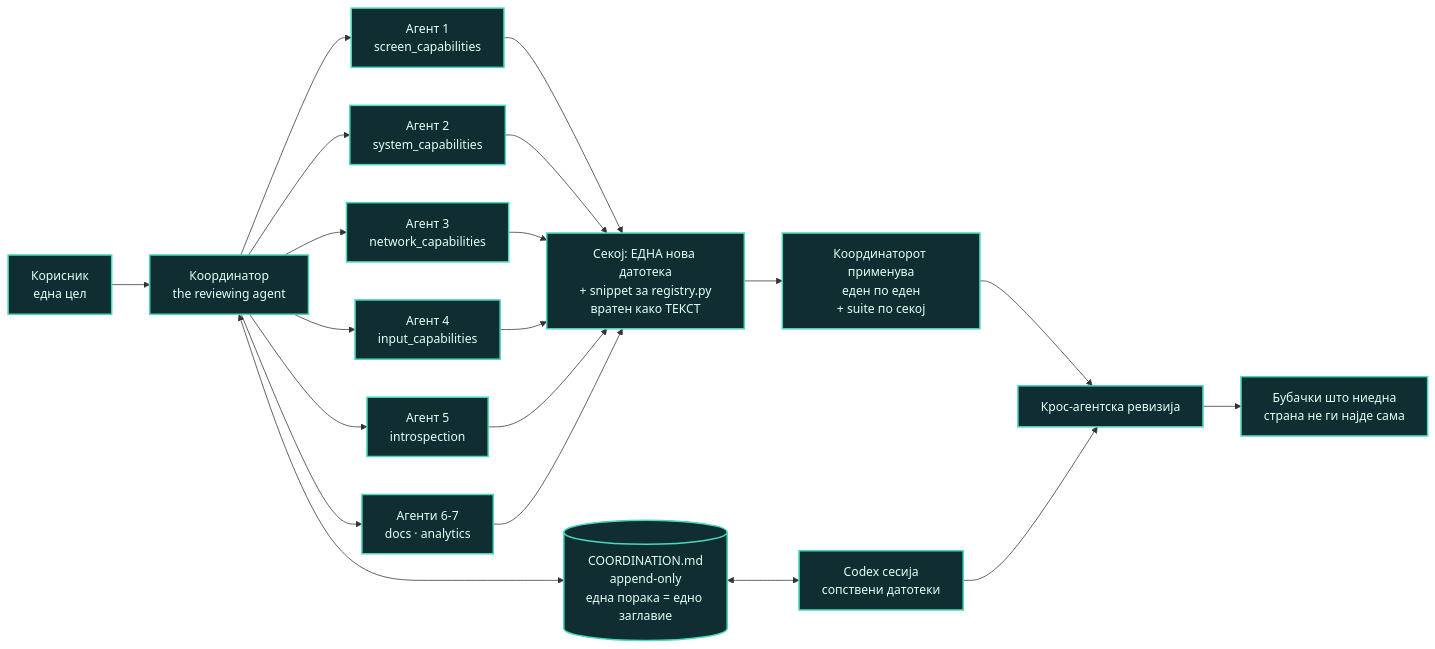
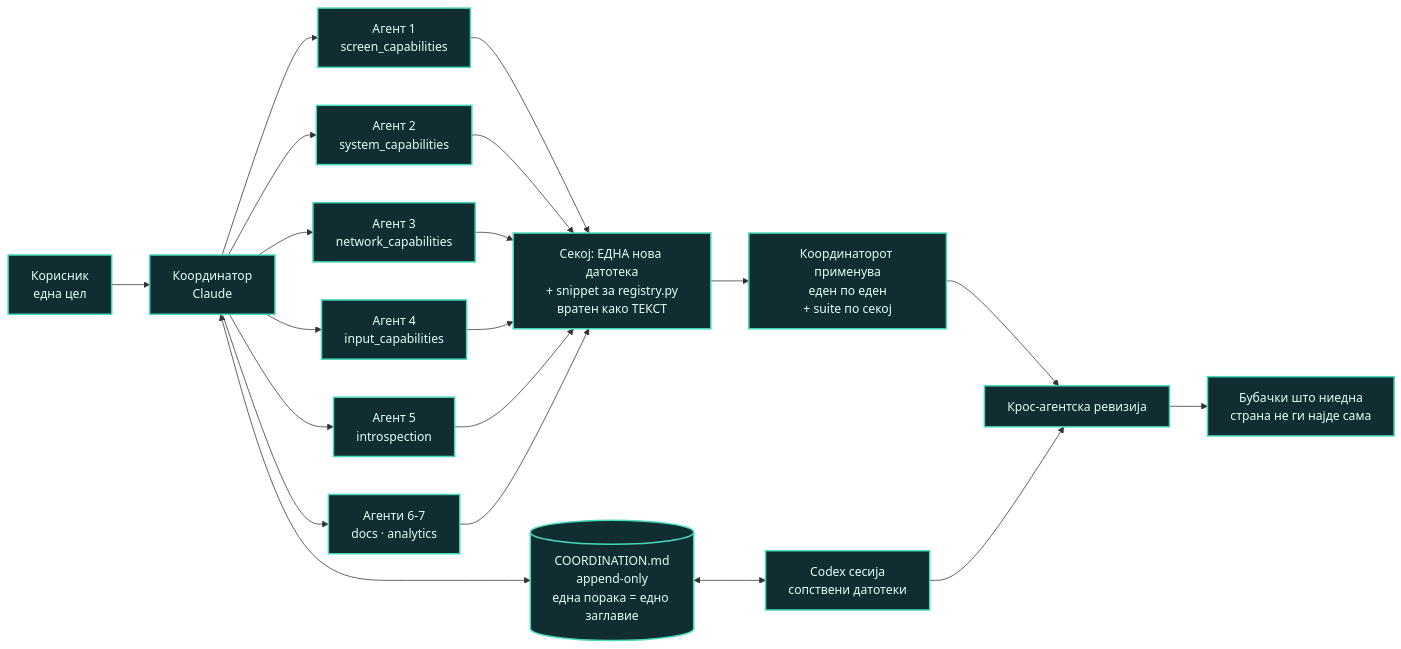
One commit to stamenovmartin/aries changed the diagram in docs/report-assets/diagram-5.mmd. Above: the diagram before and after it, drawn with Mermaid. The commit also changed 22 other files, not shown here.

```diff
--- a/docs/report-assets/diagram-5.mmd
+++ b/docs/report-assets/diagram-5.mmd
@@ -1,23 +1,23 @@
 flowchart LR
-  U["Корисник<br/>една цел"] --> C["Координатор<br/>the reviewing agent"]
+  U["Корисник<br/>една цел"] --> C["Координатор<br/>Claude"]
   C --> A1["Агент 1<br/>screen_capabilities"]
   C --> A2["Агент 2<br/>system_capabilities"]
   C --> A3["Агент 3<br/>network_capabilities"]
   C --> A4["Агент 4<br/>input_capabilities"]
   C --> A5["Агент 5<br/>introspection"]
   C --> A6["Агенти 6-7<br/>docs · analytics"]
   A1 --> NEW["Секој: ЕДНА нова датотека<br/>+ snippet за registry.py<br/>вратен како ТЕКСТ"]
   A2 --> NEW
   A3 --> NEW
   A4 --> NEW
   A5 --> NEW
   A6 --> NEW
   NEW --> SER["Координаторот применува<br/>еден по еден<br/>+ suite по секој"]
   C <--> CH[("COORDINATION.md<br/>append-only<br/>една порака = едно заглавие")]
   CH <--> X["Codex сесија<br/>сопствени датотеки"]
   SER --> REV["Крос-агентска ревизија"]
   X --> REV
   REV --> B["Бубачки што ниедна<br/>страна не ги најде сама"]
   classDef working fill:#102d31,stroke:#48d9ba,color:#e5fff8,stroke-width:2px
   classDef partial fill:#302918,stroke:#e8b95b,color:#fff4d8,stroke-width:2px
   class U,C,A1,A2,A3,A4,A5,A6,NEW,SER,CH,X,REV,B working
```
